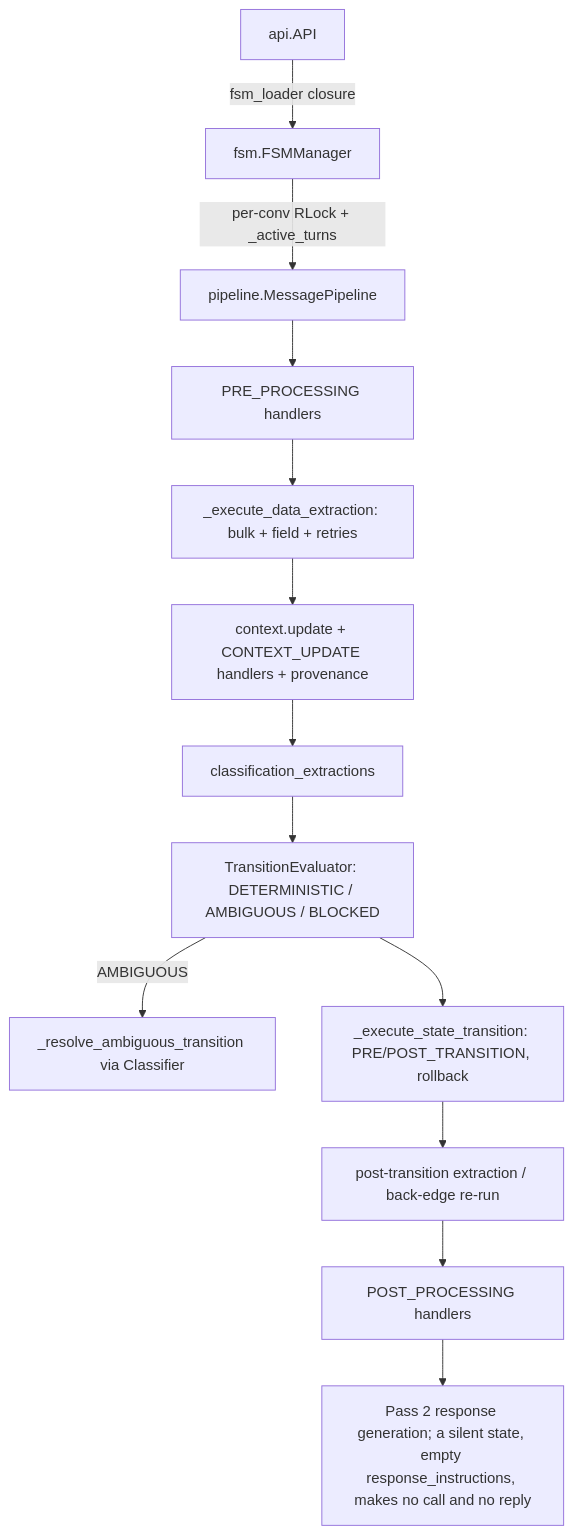
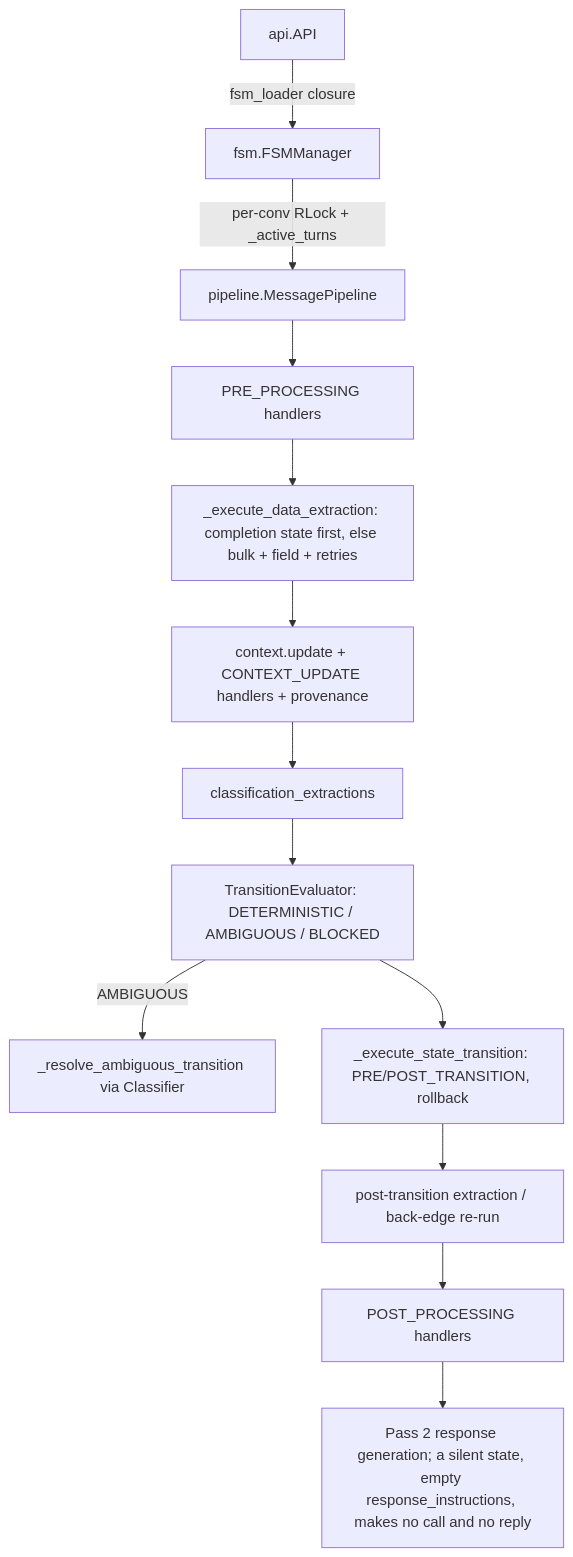
One commit to NikolasMarkou/fsm_llm changed the first of 2 diagrams in src/fsm_llm/CLAUDE.md. Above: the diagram before and after it, drawn with Mermaid. The commit also changed other lines of this file and 24 other files, not shown here.

````diff
--- a/src/fsm_llm/CLAUDE.md
+++ b/src/fsm_llm/CLAUDE.md
@@ -15,15 +15,15 @@
 ```mermaid
 flowchart TD
     API[api.API] -->|fsm_loader closure| FM[fsm.FSMManager]
     FM -->|per-conv RLock + _active_turns| MP[pipeline.MessagePipeline]
     MP --> PRE[PRE_PROCESSING handlers]
-    PRE --> DX[_execute_data_extraction: bulk + field + retries]
+    PRE --> DX[_execute_data_extraction: completion state first, else bulk + field + retries]
     DX --> CU[context.update + CONTEXT_UPDATE handlers + provenance]
     CU --> CX[classification_extractions]
     CX --> TE[TransitionEvaluator: DETERMINISTIC / AMBIGUOUS / BLOCKED]
     TE -->|AMBIGUOUS| AC[_resolve_ambiguous_transition via Classifier]
     TE --> ST[_execute_state_transition: PRE/POST_TRANSITION, rollback]
     ST --> PX[post-transition extraction / back-edge re-run]
     PX --> POST[POST_PROCESSING handlers]
     POST --> RG[Pass 2 response generation; a silent state, empty response_instructions, makes no call and no reply]
 ```
````
